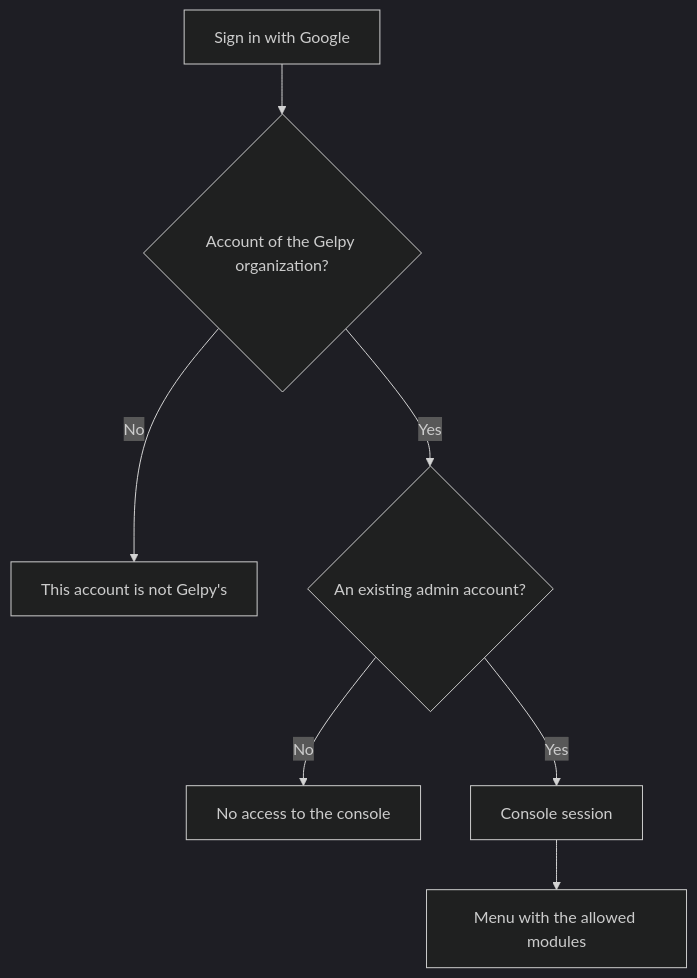
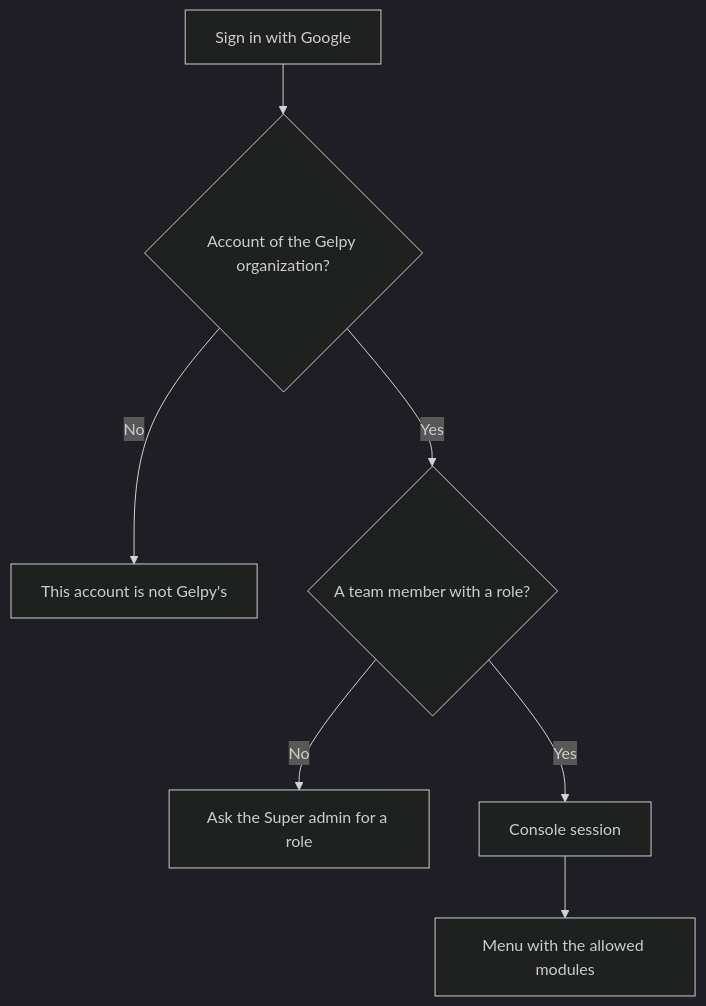
One commit to Gelpy/gelpy changed the diagram in docs/product/console.md. Above: the diagram before and after it, drawn with Mermaid (dark theme). The commit also changed other lines of this file and 14 other files, not shown here.

````diff
--- a/docs/product/console.md
+++ b/docs/product/console.md
@@ -24,9 +24,9 @@
 ```mermaid
 flowchart TD
   A[Sign in with Google] --> B{Account of the Gelpy organization?}
   B -- No --> X[This account is not Gelpy's]
-  B -- Yes --> C{An existing admin account?}
-  C -- No --> NO[No access to the console]
+  B -- Yes --> C{A team member with a role?}
+  C -- No --> NO[Ask the Super admin for a role]
   C -- Yes --> S[Console session]
   S --> M[Menu with the allowed modules]
 ```
````
